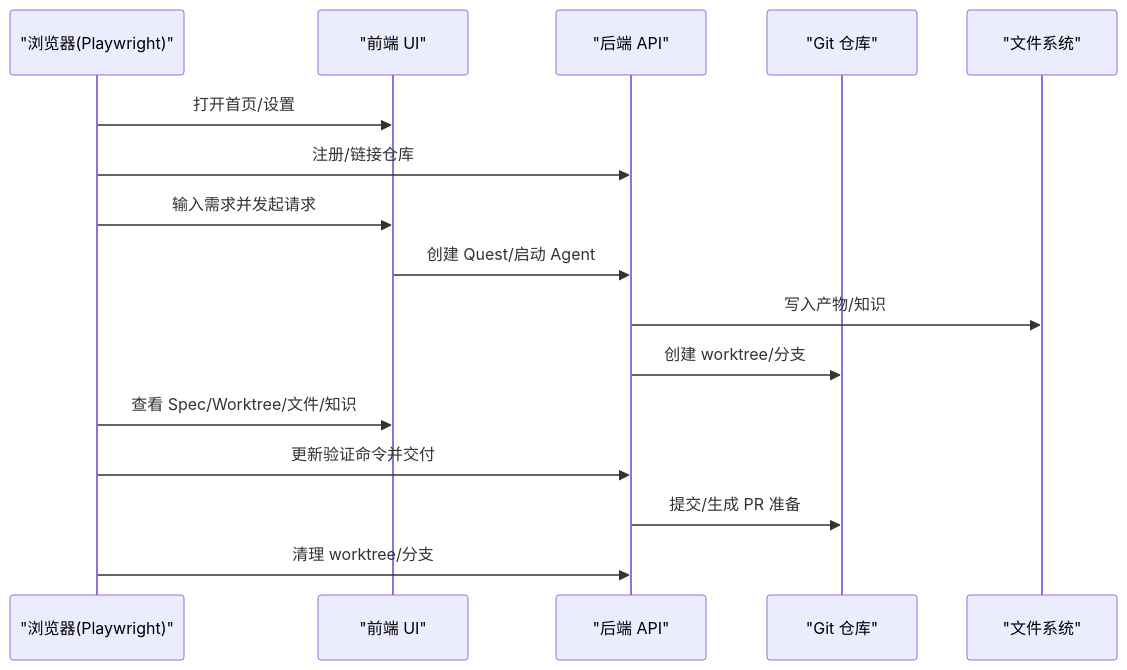
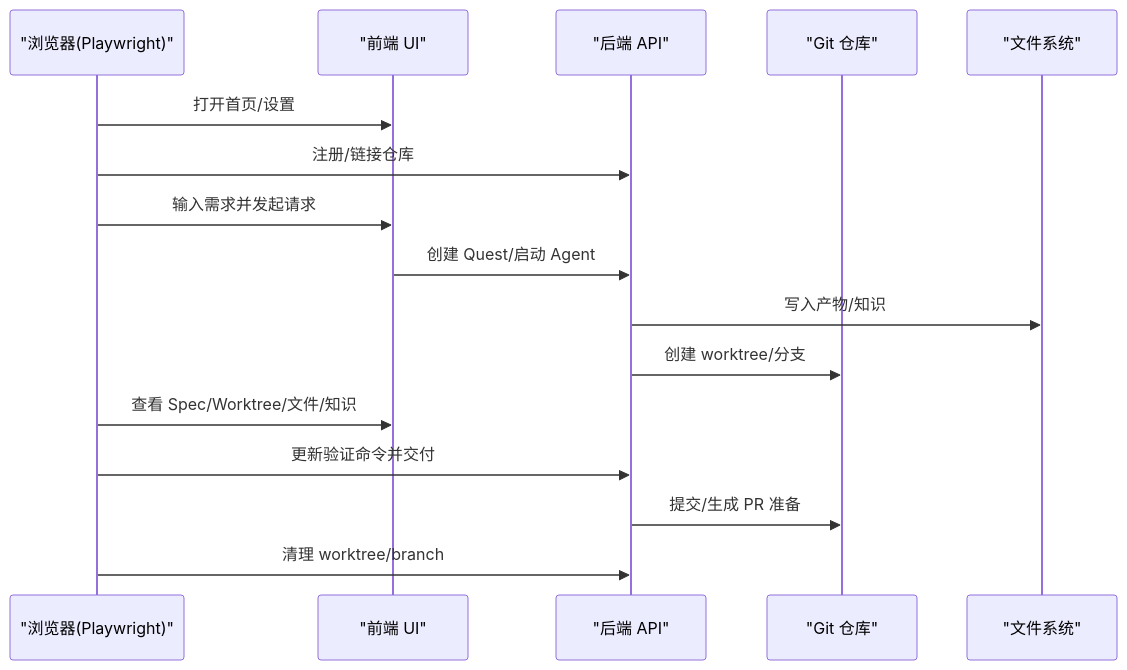
Before and after one commit to coconilu/RepoHelm: the seventh of 10 diagrams in .qoder/repowiki/zh/content/测试策略/测试策略.md, drawn with Mermaid. The commit also changed other lines of this file and 13 other files, not shown here.

````diff
--- a/.qoder/repowiki/zh/content/测试策略/测试策略.md
+++ b/.qoder/repowiki/zh/content/测试策略/测试策略.md
@@ -314,18 +334,18 @@
 ```mermaid
 sequenceDiagram
 participant Browser as "浏览器(Playwright)"
 participant UI as "前端 UI"
 participant API as "后端 API"
 participant Git as "Git 仓库"
 participant FS as "文件系统"
 Browser->>UI : 打开首页/设置
 Browser->>API : 注册/链接仓库
 Browser->>UI : 输入需求并发起请求
 UI->>API : 创建 Quest/启动 Agent
 API->>FS : 写入产物/知识
 API->>Git : 创建 worktree/分支
 Browser->>UI : 查看 Spec/Worktree/文件/知识
 Browser->>API : 更新验证命令并交付
 API->>Git : 提交/生成 PR 准备
-Browser->>API : 清理 worktree/分支
+Browser->>API : 清理 worktree/branch
 ```
````
